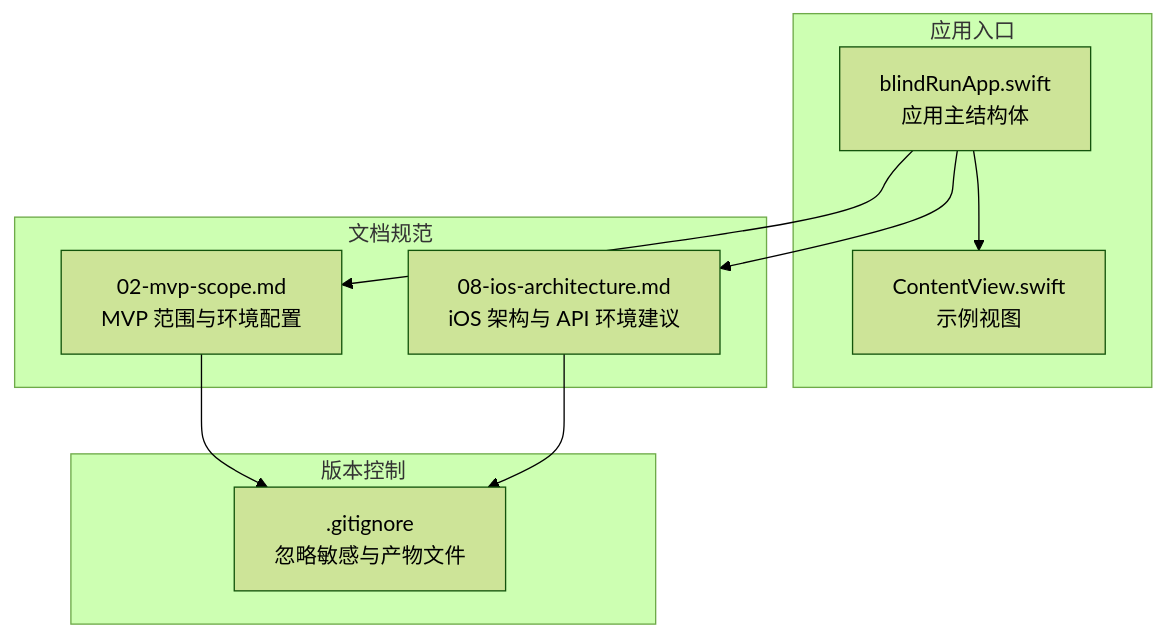
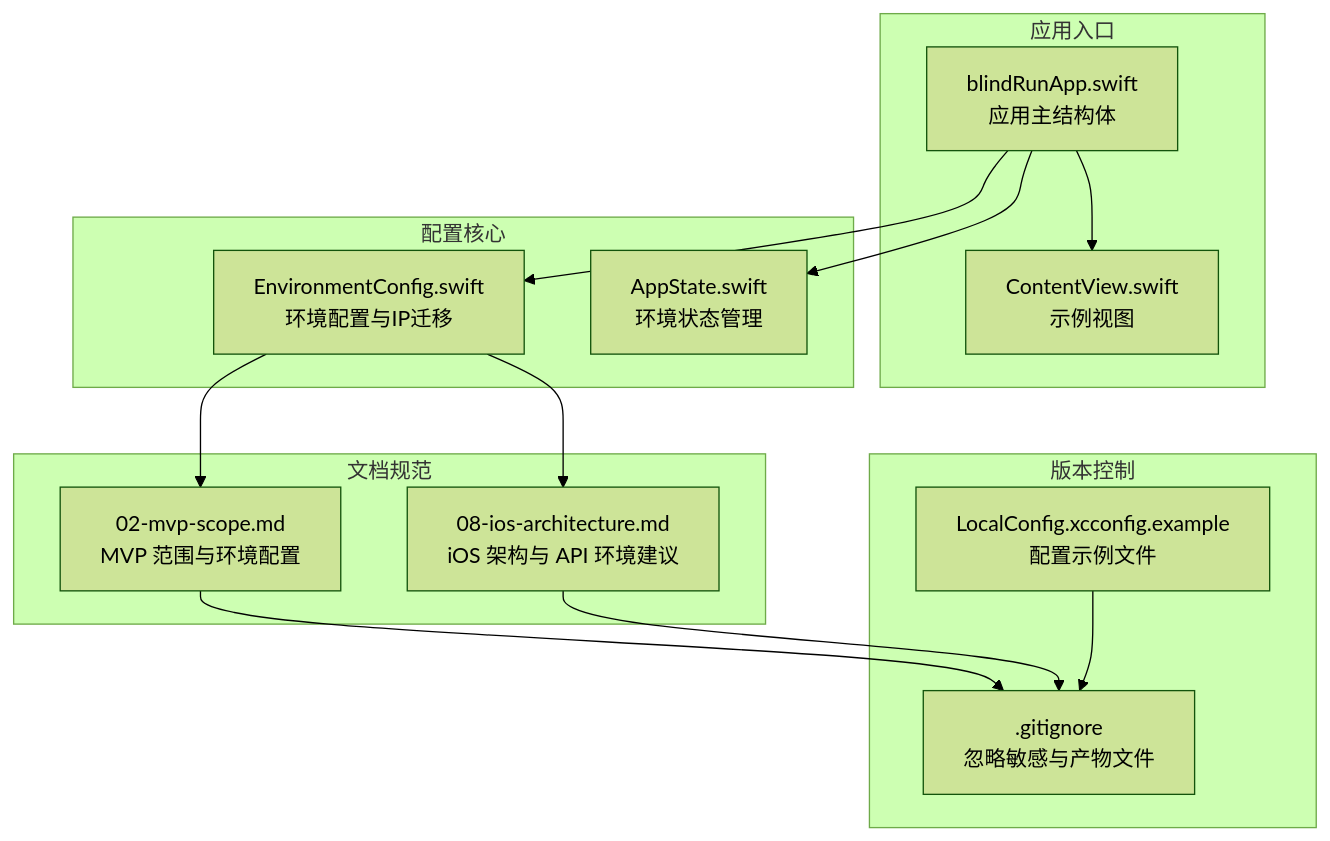
The first of 7 diagrams in .qoder/repowiki/zh/content/配置与部署/环境配置.md (Jayden23018/blind-run-ios), drawn with Mermaid (forest theme) before and after one commit. The commit also changed other lines of this file and 24 other files, not shown here.

````diff
--- a/.qoder/repowiki/zh/content/配置与部署/环境配置.md
+++ b/.qoder/repowiki/zh/content/配置与部署/环境配置.md
@@ -30,19 +32,27 @@
 ```mermaid
 graph TB
 subgraph "应用入口"
 A["blindRunApp.swift<br/>应用主结构体"]
 B["ContentView.swift<br/>示例视图"]
 end
+subgraph "配置核心"
+C["EnvironmentConfig.swift<br/>环境配置与IP迁移"]
+D["AppState.swift<br/>环境状态管理"]
+end
 subgraph "文档规范"
-D["02-mvp-scope.md<br/>MVP 范围与环境配置"]
-E["08-ios-architecture.md<br/>iOS 架构与 API 环境建议"]
+E["02-mvp-scope.md<br/>MVP 范围与环境配置"]
+F["08-ios-architecture.md<br/>iOS 架构与 API 环境建议"]
 end
 subgraph "版本控制"
 G[".gitignore<br/>忽略敏感与产物文件"]
+H["LocalConfig.xcconfig.example<br/>配置示例文件"]
 end
 A --> B
+A --> C
 A --> D
-A --> E
-D --> G
+C --> E
+C --> F
 E --> G
+F --> G
+H --> G
 ```
````
